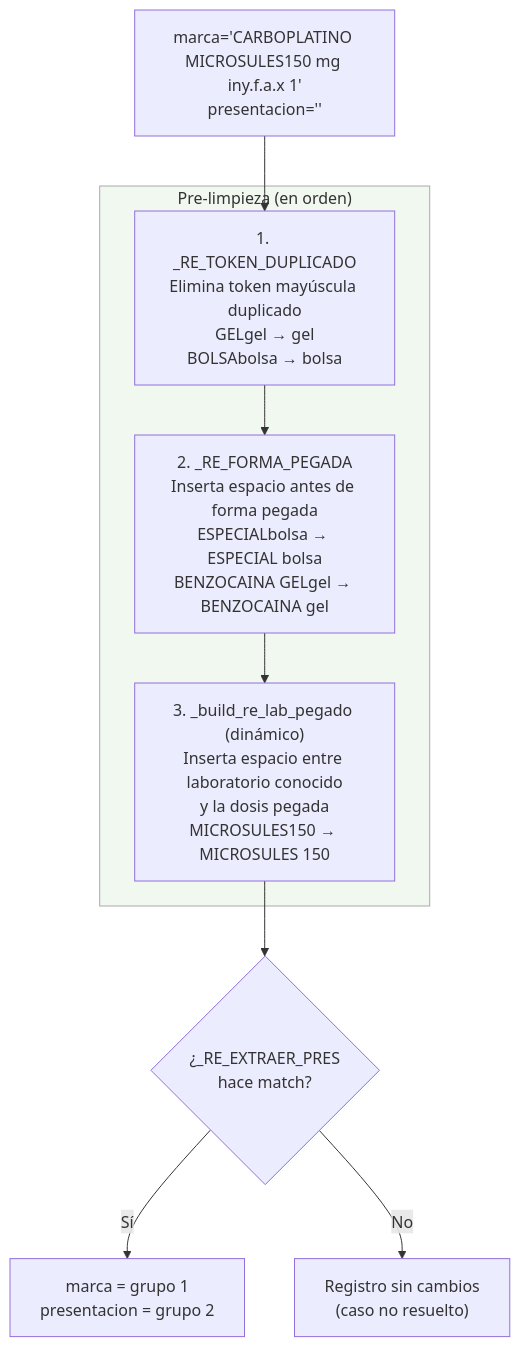
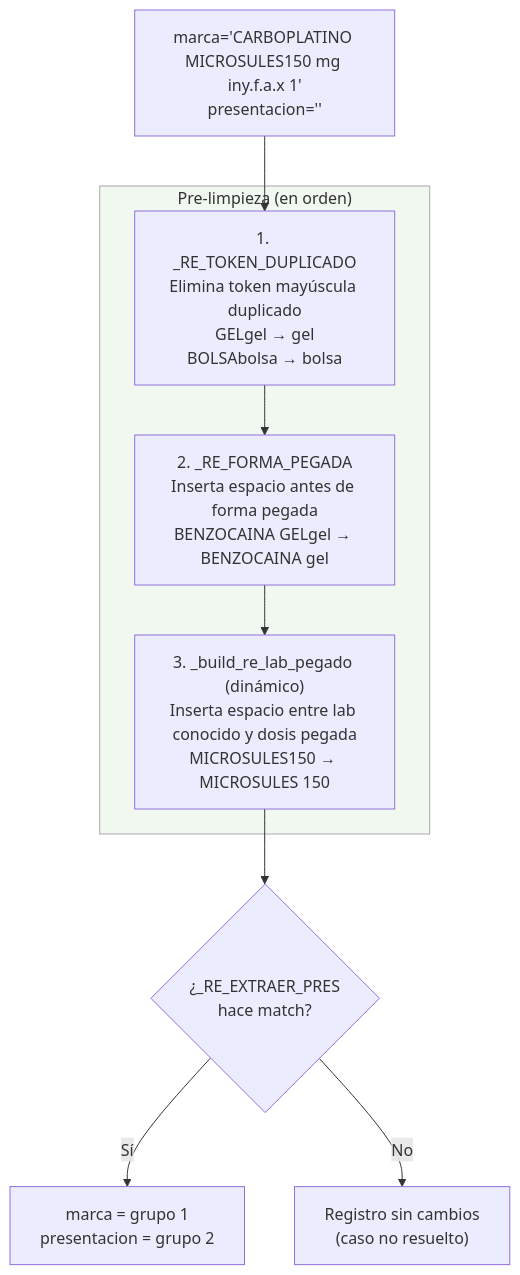
One commit to psbella/remediar changed the fifth of 9 diagrams in README.md. Above: the diagram before and after it, drawn with Mermaid. The commit also changed other lines of this file, not shown here.

````diff
--- a/README.md
+++ b/README.md
@@ -933,20 +882,20 @@
 ```mermaid
 flowchart TD
     IN["marca='CARBOPLATINO MICROSULES150 mg iny.f.a.x 1'\npresentacion=''"]
 
     subgraph PRE["Pre-limpieza (en orden)"]
         A["1. _RE_TOKEN_DUPLICADO\nElimina token mayúscula duplicado\nGELgel → gel\nBOLSAbolsa → bolsa"]
-        B["2. _RE_FORMA_PEGADA\nInserta espacio antes de forma pegada\nESPECIALbolsa → ESPECIAL bolsa\nBENZOCAINA GELgel → BENZOCAINA gel"]
-        C["3. _build_re_lab_pegado (dinámico)\nInserta espacio entre laboratorio conocido\ny la dosis pegada\nMICROSULES150 → MICROSULES 150"]
+        B["2. _RE_FORMA_PEGADA\nInserta espacio antes de forma pegada\nBENZOCAINA GELgel → BENZOCAINA gel"]
+        C["3. _build_re_lab_pegado (dinámico)\nInserta espacio entre lab conocido y dosis pegada\nMICROSULES150 → MICROSULES 150"]
     end
 
     D{"¿_RE_EXTRAER_PRES\nhace match?"}
     E["marca = grupo 1\npresentacion = grupo 2"]
     F["Registro sin cambios\n(caso no resuelto)"]
 
     IN --> A --> B --> C --> D
     D -- Sí --> E
     D -- No --> F
 
     style PRE fill:#f0f8f0,stroke:#aaa
 ```
````
